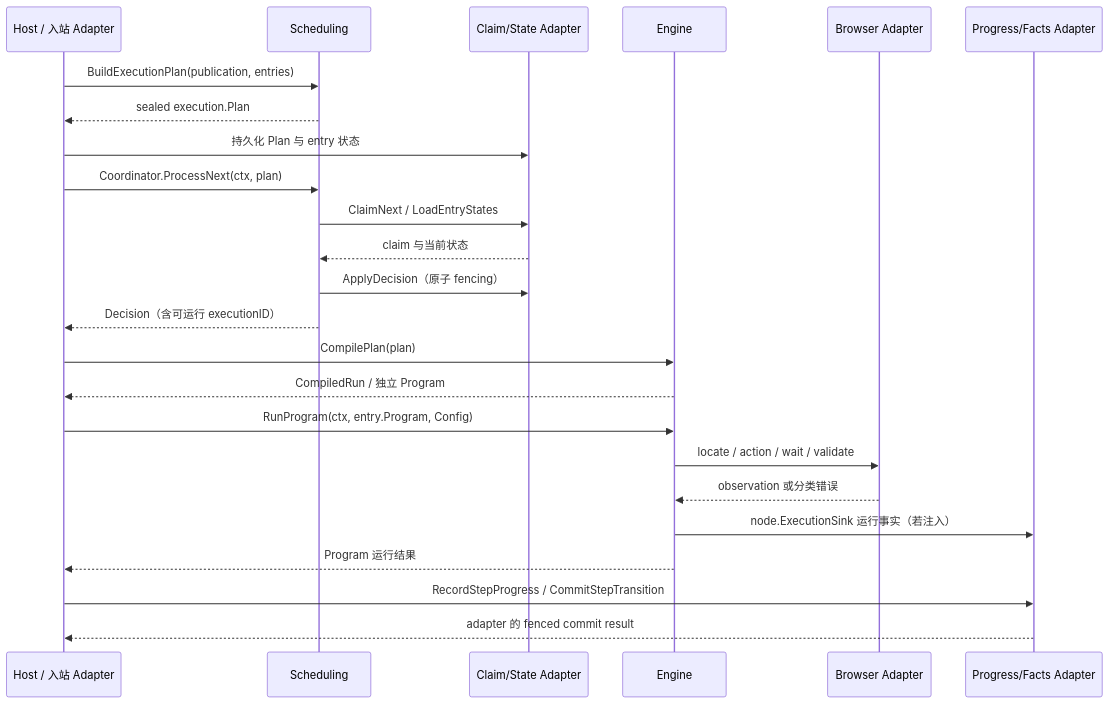
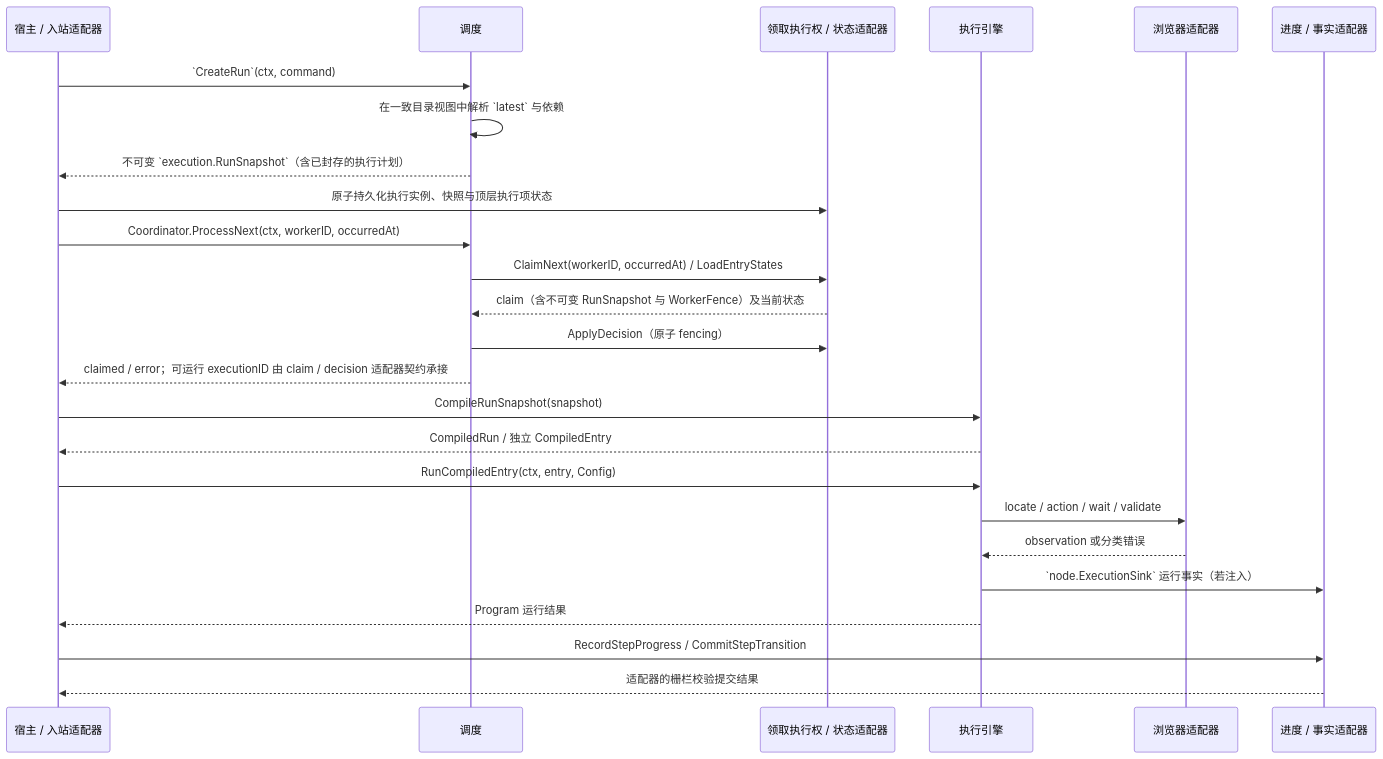
The second of 2 diagrams in README.md (Capsule7446/healix-core), drawn with Mermaid before and after one commit. The commit also changed other lines of this file and 180 other files, not shown here.

````diff
--- a/README.md
+++ b/README.md
@@ -108,27 +110,28 @@
 ```mermaid
 sequenceDiagram
-  participant H as Host / 入站 Adapter
-  participant S as Scheduling
-  participant Q as Claim/State Adapter
-  participant E as Engine
-  participant B as Browser Adapter
-  participant F as Progress/Facts Adapter
+  participant H as 宿主 / 入站适配器
+  participant S as 调度
+  participant Q as 领取执行权 / 状态适配器
+  participant E as 执行引擎
+  participant B as 浏览器适配器
+  participant F as 进度 / 事实适配器
 
-  H->>S: BuildExecutionPlan(publication, entries)
-  S-->>H: sealed execution.Plan
-  H->>Q: 持久化 Plan 与 entry 状态
-  H->>S: Coordinator.ProcessNext(ctx, plan)
-  S->>Q: ClaimNext / LoadEntryStates
-  Q-->>S: claim 与当前状态
+  H->>S: `CreateRun`(ctx, command)
+  S->>S: 在一致目录视图中解析 `latest` 与依赖
+  S-->>H: 不可变 `execution.RunSnapshot`（含已封存的执行计划）
+  H->>Q: 原子持久化执行实例、快照与顶层执行项状态
+  H->>S: Coordinator.ProcessNext(ctx, workerID, occurredAt)
+  S->>Q: ClaimNext(workerID, occurredAt) / LoadEntryStates
+  Q-->>S: claim（含不可变 RunSnapshot 与 WorkerFence）及当前状态
   S->>Q: ApplyDecision（原子 fencing）
-  S-->>H: Decision（含可运行 executionID）
-  H->>E: CompilePlan(plan)
-  E-->>H: CompiledRun / 独立 Program
-  H->>E: RunProgram(ctx, entry.Program, Config)
+  S-->>H: claimed / error；可运行 executionID 由 claim / decision 适配器契约承接
+  H->>E: CompileRunSnapshot(snapshot)
+  E-->>H: CompiledRun / 独立 CompiledEntry
+  H->>E: RunCompiledEntry(ctx, entry, Config)
   E->>B: locate / action / wait / validate
   B-->>E: observation 或分类错误
-  E->>F: node.ExecutionSink 运行事实（若注入）
+  E->>F: `node.ExecutionSink` 运行事实（若注入）
   E-->>H: Program 运行结果
   H->>F: RecordStepProgress / CommitStepTransition
-  F-->>H: adapter 的 fenced commit result
+  F-->>H: 适配器的栅栏校验提交结果
 ```
````
